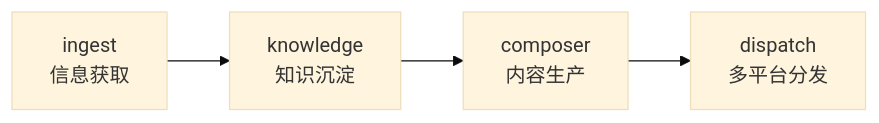
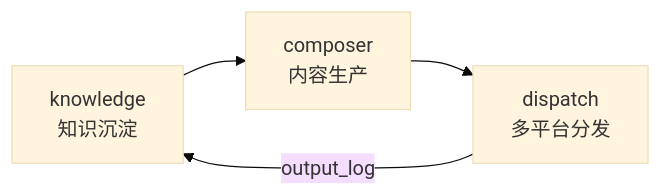
Before and after one commit to xinovate/linglong-knowledge: the fourth of 6 diagrams in docs/architecture.md, drawn with Mermaid (base theme). The commit also changed other lines of this file and 20 other files, not shown here.

````diff
--- a/docs/architecture.md
+++ b/docs/architecture.md
@@ -226,6 +244,6 @@
 ```mermaid
 graph LR
-    A[ingest<br/>信息获取] --> B[knowledge<br/>知识沉淀]
-    B --> C[composer<br/>内容生产]
-    C --> D[dispatch<br/>多平台分发]
+    A[knowledge<br/>知识沉淀] --> B[composer<br/>内容生产]
+    B --> C[dispatch<br/>多平台分发]
+    C -->|output_log| A
 ```
````
